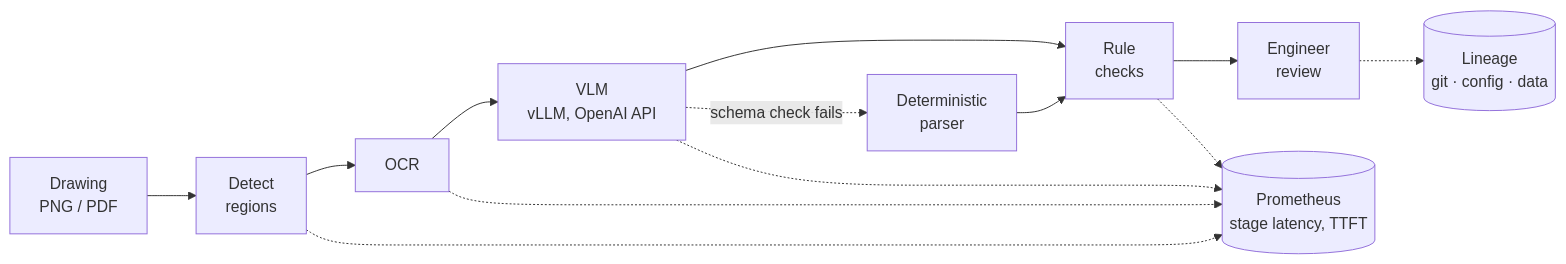
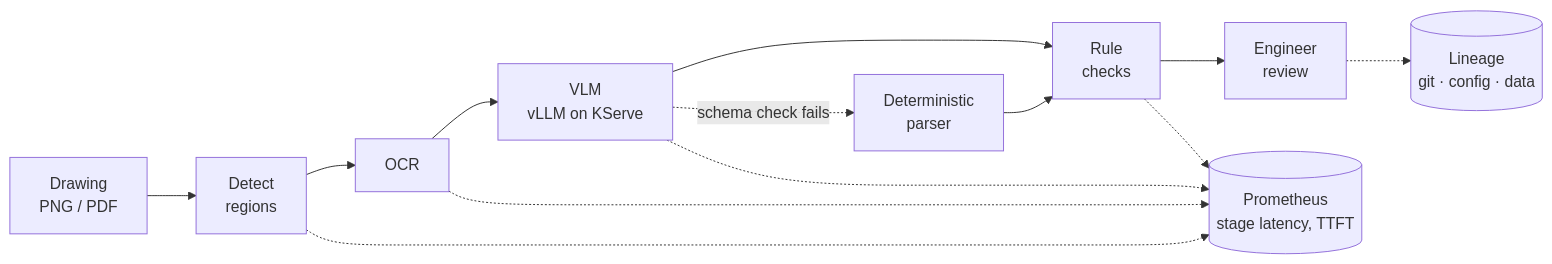
The diagram in README.md (lyftium/lyftium), drawn with Mermaid before and after one commit. The commit also changed other lines of this file, not shown here.

Commit message:
docs: KServe / OpenShift AI model serving in profile

````diff
--- a/README.md
+++ b/README.md
@@ -52,12 +53,12 @@
 ```mermaid
 flowchart LR
     A[Drawing<br/>PNG / PDF] --> B[Detect<br/>regions]
     B --> C[OCR]
-    C --> D[VLM<br/>vLLM, OpenAI API]
+    C --> D[VLM<br/>vLLM on KServe]
     D --> E[Rule<br/>checks]
     E --> F[Engineer<br/>review]
     D -. schema check fails .-> P[Deterministic<br/>parser]
     P --> E
     F -.-> L[(Lineage<br/>git · config · data)]
     B & C & D & E -.-> M[(Prometheus<br/>stage latency, TTFT)]
 ```
````
